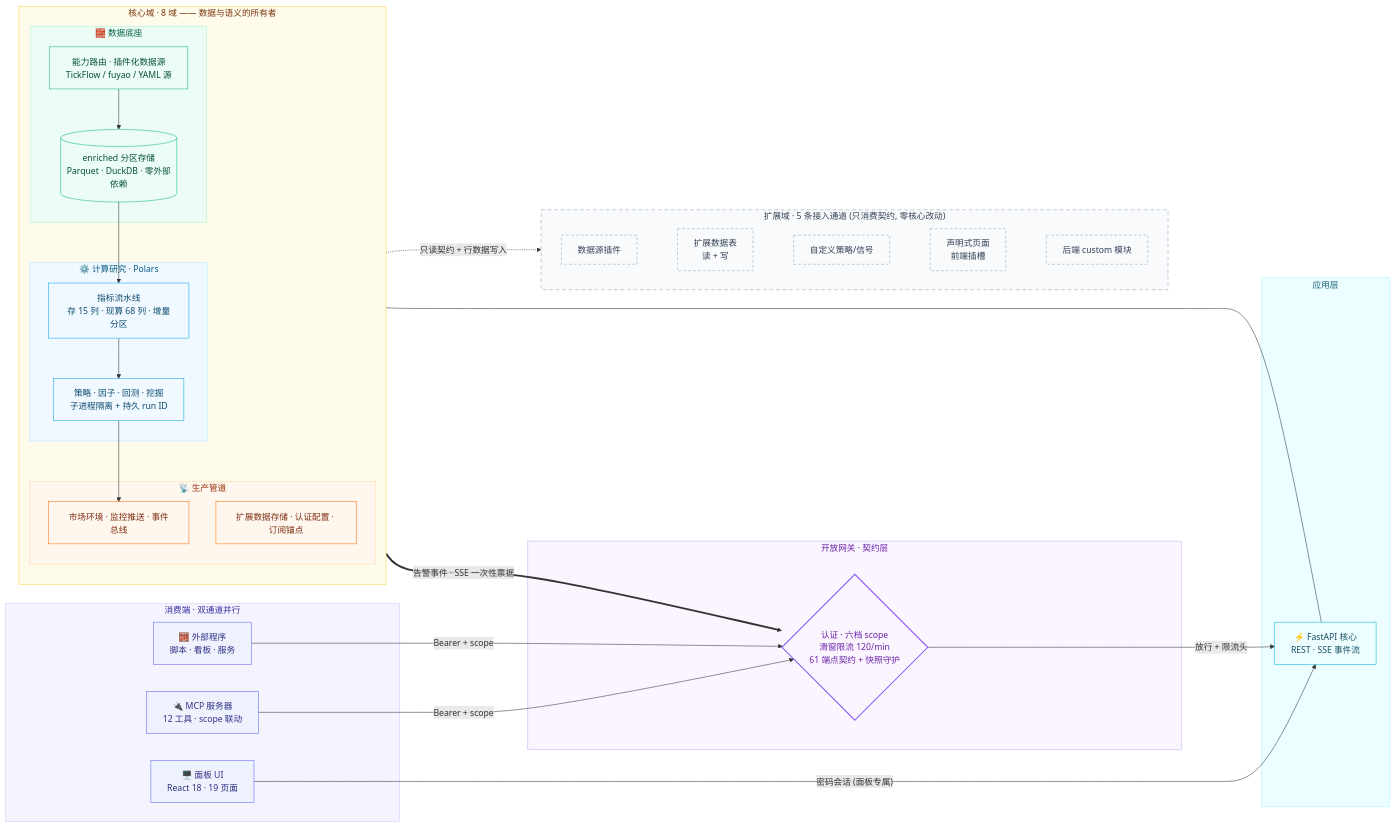
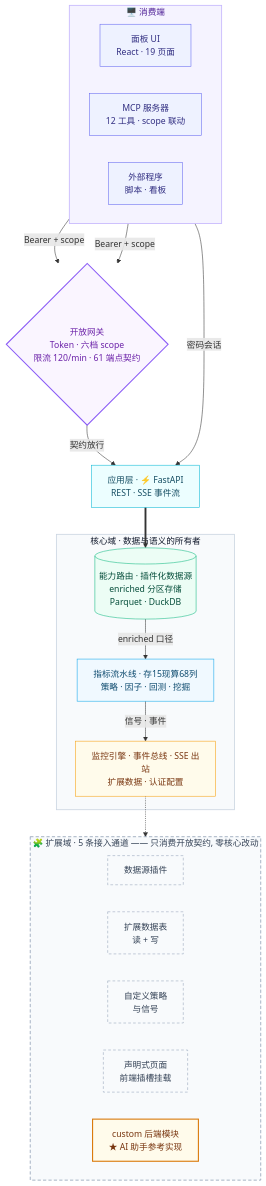
The diagram in README.md (Dancetofigureoutyourshadow/tick-stock-panel), drawn with Mermaid before and after one commit.

Commit message:
docs(readme): 架构流程图重设计 — 横向挤压图改为五层纵向分层(消费端→网关→应用→核心域→扩展域)
- 旧 LR 图自然宽度 3144px, GitHub 830px 渲染下文字仅 ~3.4px 完全不可读
- 新图自然宽度 966px, GitHub 下有效字号 ~11px; 语义分层自上而下与开放能力版叙事一致
- 核心域三阶段管线(数据底座→计算研究→生产管道)带 enriched 口径/信号事件流向标签
- 扩展域底部通栏 5 通道横排, custom 模块星标强调 AI 助手参考实现
- 按 dagre 布局约束重构: 全下行边避免回边抬升, 去子图级边避免成员链式竖排

````diff
--- a/README.md
+++ b/README.md
@@ -250,75 +250,59 @@
 ```mermaid
-flowchart LR
-    subgraph CLIENTS["消费端 · 双通道并行"]
-        UI["🖥️ 面板 UI<br/>React 18 · 19 页面"]
-        MCPS["🔌 MCP 服务器<br/>12 工具 · scope 联动"]
-        APP["🧮 外部程序<br/>脚本 · 看板 · 服务"]
+flowchart TB
+    subgraph CLIENTS["🖥️ 消费端"]
+        direction LR
+        UI["面板 UI<br/>React · 19 页面"]
+        MCP["MCP 服务器<br/>12 工具 · scope 联动"]
+        APPC["外部程序<br/>脚本 · 看板"]
     end
 
-    subgraph GATE["开放网关 · 契约层"]
-        GW{"认证 · 六档 scope<br/>滑窗限流 120/min<br/>61 端点契约 + 快照守护"}
+    GW{"开放网关<br/>Token · 六档 scope<br/>限流 120/min · 61 端点契约"}
+
+    API["应用层 · ⚡ FastAPI<br/>REST · SSE 事件流"]
+
+    subgraph CORE["核心域 · 数据与语义的所有者"]
+        S1[("能力路由 · 插件化数据源<br/>enriched 分区存储<br/>Parquet · DuckDB")]
+        S2["指标流水线 · 存15现算68列<br/>策略 · 因子 · 回测 · 挖掘"]
+        S3["监控引擎 · 事件总线 · SSE 出站<br/>扩展数据 · 认证配置"]
+        S1 -->|"enriched 口径"| S2
+        S2 -->|"信号 · 事件"| S3
     end
 
-    subgraph SVC["应用层"]
-        API["⚡ FastAPI 核心<br/>REST · SSE 事件流"]
+    subgraph EXT["🧩 扩展域 · 5 条接入通道 —— 只消费开放契约, 零核心改动"]
+        direction LR
+        X1["数据源插件"]
+        X2["扩展数据表<br/>读 + 写"]
+        X3["自定义策略<br/>与信号"]
+        X4["声明式页面<br/>前端插槽挂载"]
+        X5["custom 后端模块<br/>★ AI 助手参考实现"]
     end
 
-    subgraph CORE["核心域 · 8 域 —— 数据与语义的所有者"]
-        direction TB
-        subgraph FDN["🧱 数据底座"]
-            D1["能力路由 · 插件化数据源<br/>TickFlow / fuyao / YAML 源"]
-            D2[("enriched 分区存储<br/>Parquet · DuckDB · 零外部依赖")]
-        end
-        subgraph CMP["⚙️ 计算研究 · Polars"]
-            C1["指标流水线<br/>存 15 列 · 现算 68 列 · 增量分区"]
-            C2["策略 · 因子 · 回测 · 挖掘<br/>子进程隔离 + 持久 run ID"]
-        end
-        subgraph PDC["📡 生产管道"]
-            P1["市场环境 · 监控推送 · 事件总线"]
-            P2["扩展数据存储 · 认证配置 · 订阅锚点"]
-        end
-        D1 --> D2
-        D2 --> C1
-        C1 --> C2
-        C2 --> P1
-        P2
-    end
-
-    subgraph EXT["扩展域 · 5 条接入通道 (只消费契约, 零核心改动)"]
-        direction LR
-        X1["数据源插件"] ~~~ X2["扩展数据表<br/>读 + 写"] ~~~ X3["自定义策略/信号"] ~~~ X4["声明式页面<br/>前端插槽"] ~~~ X5["后端 custom 模块"]
-    end
-
-    UI -->|"密码会话 (面板专属)"| API
-    MCPS -->|"Bearer + scope"| GW
-    APP -->|"Bearer + scope"| GW
-    GW -->|"放行 + 限流头"| API
-    API --- CORE
-    CORE -.->|"只读契约 + 行数据写入"| EXT
-    P1 ==>|"告警事件 · SSE 一次性票据"| GW
+    UI -->|"密码会话"| API
+    MCP -->|"Bearer + scope"| GW
+    APPC -->|"Bearer + scope"| GW
+    GW -->|"契约放行"| API
+    API ==> S1
+    S3 -.-> X3
 
     classDef client fill:#eef2ff,stroke:#6366f1,color:#312e81
     classDef gate fill:#faf5ff,stroke:#8b5cf6,color:#6b21a8,stroke-width:2px
     classDef svc fill:#ecfeff,stroke:#06b6d4,color:#164e63
     classDef fdn fill:#ecfdf5,stroke:#10b981,color:#064e3b
     classDef cmp fill:#f0f9ff,stroke:#0ea5e9,color:#0c4a6e
-    classDef pdc fill:#fff7ed,stroke:#f97316,color:#7c2d12
+    classDef pdc fill:#fffbeb,stroke:#f59e0b,color:#78350f
     classDef ext fill:#f8fafc,stroke:#94a3b8,color:#334155,stroke-dasharray:5 4
+    classDef star fill:#fffbeb,stroke:#d97706,color:#78350f,stroke-width:2px
 
-    class UI,MCPS,APP client
+    class UI,MCP,APPC client
     class GW gate
     class API svc
-    class D1,D2 fdn
-    class C1,C2 cmp
-    class P1,P2 pdc
-    class X1,X2,X3,X4,X5 ext
+    class S1 fdn
+    class S2 cmp
+    class S3 pdc
+    class X1,X2,X3,X4 ext
+    class X5 star
 
-    style GATE fill:#faf5ff,stroke:#ddd6fe,color:#6b21a8,stroke-width:2px
-    style CORE fill:#fffbeb,stroke:#fcd34d,color:#78350f
-    style FDN fill:#ecfdf5,stroke:#a7f3d0,color:#065f46
-    style CMP fill:#f0f9ff,stroke:#bae6fd,color:#075985
-    style PDC fill:#fff7ed,stroke:#fed7aa,color:#9a3412
-    style EXT fill:#f8fafc,stroke:#94a3b8,color:#334155,stroke-dasharray:7 5
-    style CLIENTS fill:#f5f3ff,stroke:#c7d2fe,color:#3730a3
-    style SVC fill:#ecfeff,stroke:#a5f3fc,color:#155e75
+    style CLIENTS fill:#f5f3ff,stroke:#c4b5fd,stroke-width:1.5px,color:#4c1d95
+    style CORE fill:#f8fafc,stroke:#cbd5e1,stroke-width:1.5px,color:#0f172a
+    style EXT fill:#f8fafc,stroke:#94a3b8,stroke-width:1.5px,stroke-dasharray:6 4,color:#334155
 ```
````
